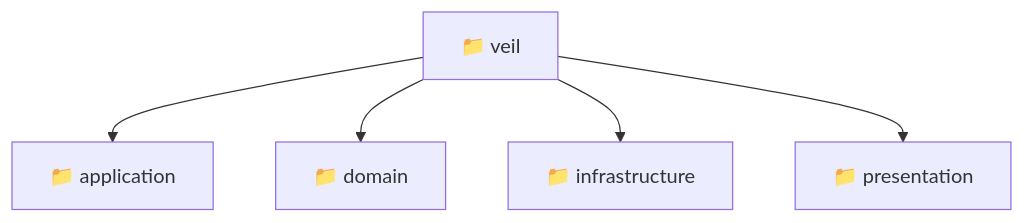
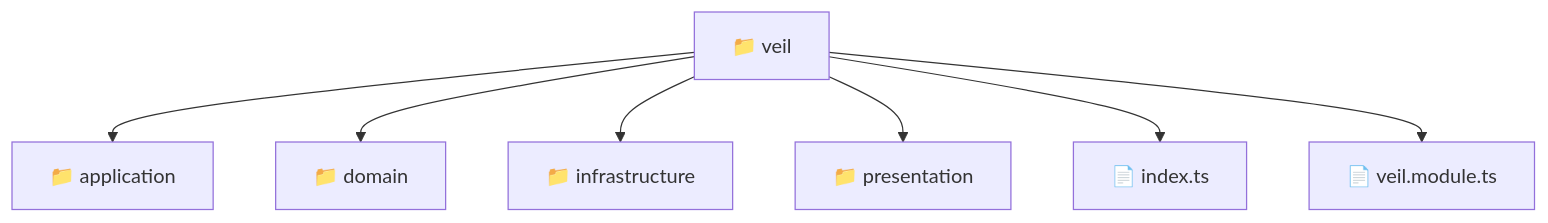
The diagram in backend/src/modules/veil/README.md (beginwebdev2002/fullstack-mavluda), drawn with Mermaid before and after one commit. The commit also changed other lines of this file and 165 other files, not shown here.

First line of the commit message:
docs: generate localized architectural READMEs

````diff
--- a/backend/src/modules/veil/README.md
+++ b/backend/src/modules/veil/README.md
@@ -10,8 +9,10 @@
 ```mermaid
 graph TD
-  Root["📁 veil"]
-  Root --> application["📁 application"]
-  Root --> domain["📁 domain"]
-  Root --> infrastructure["📁 infrastructure"]
-  Root --> presentation["📁 presentation"]
+  veil["📁 veil"]
+  veil --> application["📁 application"]
+  veil --> domain["📁 domain"]
+  veil --> infrastructure["📁 infrastructure"]
+  veil --> presentation["📁 presentation"]
+  veil --> index_ts["📄 index.ts"]
+  veil --> veil_module_ts["📄 veil.module.ts"]
 ```
````
